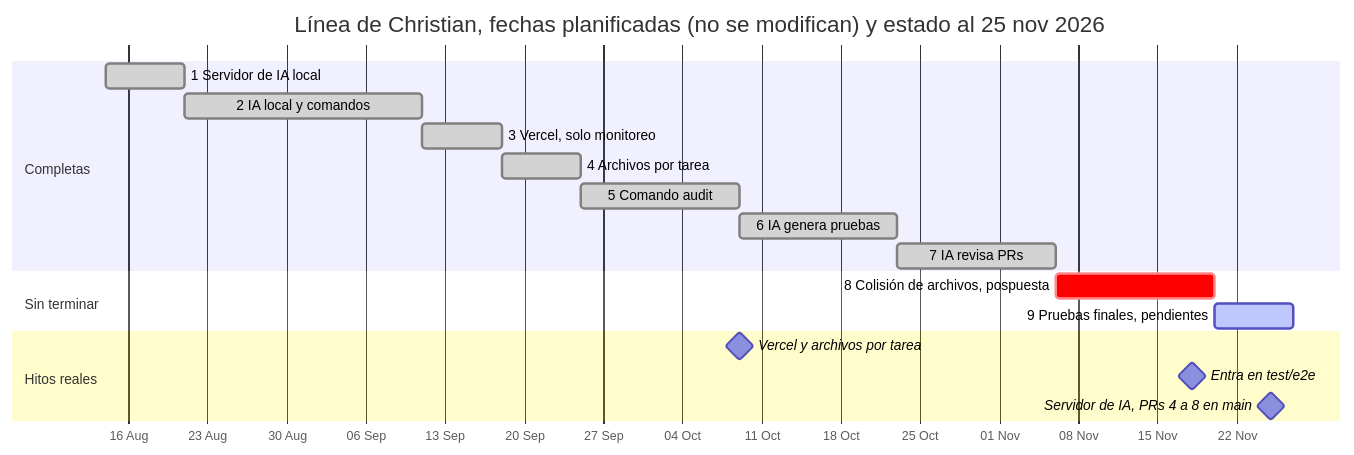
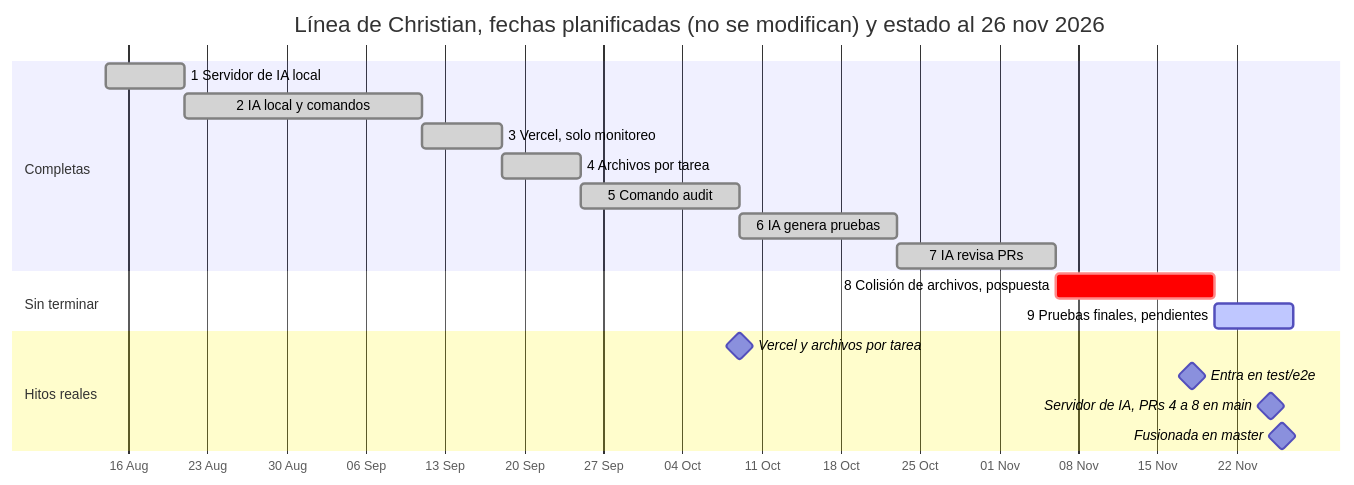
One commit to PabloP150/proyecto-is-cc6 changed the second of 2 diagrams in documentacion/01-proyecto/calendarizacion.md. Above: the diagram before and after it, drawn with Mermaid. The commit also changed other lines of this file and 55 other files, not shown here.

Commit message:
docs: record the 26 Nov fixes, 2091 tests and the merge into master

````diff
--- a/documentacion/01-proyecto/calendarizacion.md
+++ b/documentacion/01-proyecto/calendarizacion.md
@@ -167,21 +167,22 @@
 ```mermaid
 gantt
-    title Línea de Christian, fechas planificadas (no se modifican) y estado al 25 nov 2026
+    title Línea de Christian, fechas planificadas (no se modifican) y estado al 26 nov 2026
     dateFormat YYYY-MM-DD
     axisFormat %d %b
     section Completas
     1 Servidor de IA local :done, c1, 2026-08-14, 2026-08-21
     2 IA local y comandos :done, c2, 2026-08-21, 2026-09-11
     3 Vercel, solo monitoreo :done, c3, 2026-09-11, 2026-09-18
     4 Archivos por tarea :done, c4, 2026-09-18, 2026-09-25
     5 Comando audit :done, c5, 2026-09-25, 2026-10-09
     6 IA genera pruebas :done, c6, 2026-10-09, 2026-10-23
     7 IA revisa PRs :done, c7, 2026-10-23, 2026-11-06
     section Sin terminar
     8 Colisión de archivos, pospuesta :crit, c8, 2026-11-06, 2026-11-20
     9 Pruebas finales, pendientes :active, c9, 2026-11-20, 2026-11-27
     section Hitos reales
     Vercel y archivos por tarea :milestone, h1, 2026-10-09, 0d
     Entra en test/e2e :milestone, h2, 2026-11-18, 0d
     Servidor de IA, PRs 4 a 8 en main :milestone, h3, 2026-11-25, 0d
+    Fusionada en master :milestone, h4, 2026-11-26, 0d
 ```
````
